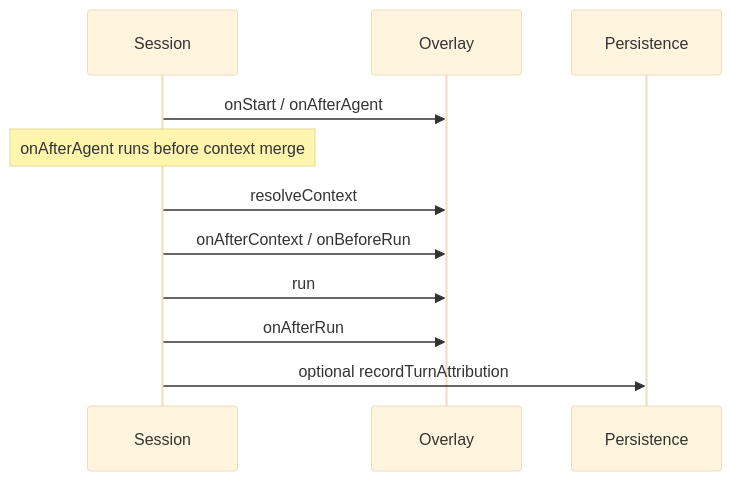
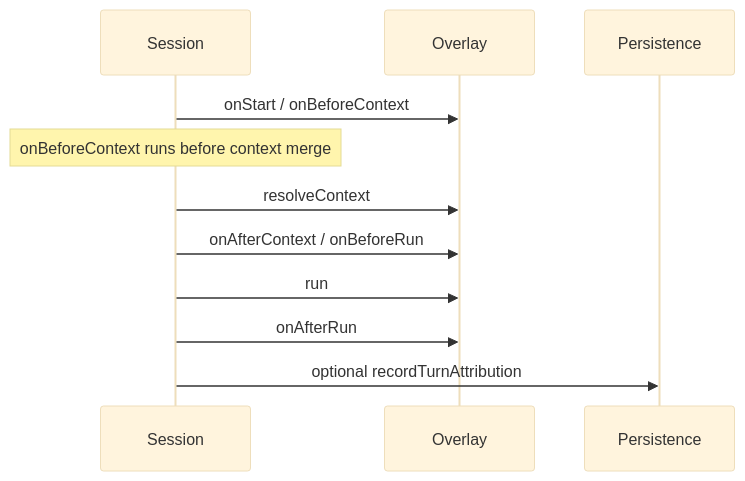
One commit to khoralabs/agent-capabilities changed the diagram in docs/persistence.md. Above: the diagram before and after it, drawn with Mermaid (base theme). The commit also changed other lines of this file and 3 other files, not shown here.

Commit message:
Rename session hook `onAfterAgent` to `onBeforeContext` to clarify execution order; update related documentation and diagrams accordingly.

````diff
--- a/docs/persistence.md
+++ b/docs/persistence.md
@@ -39,13 +39,13 @@
 ```mermaid
 sequenceDiagram
   participant Session
   participant Overlay
   participant Persistence
-  Session->>Overlay: onStart / onAfterAgent
-  Note over Session: onAfterAgent runs before context merge
+  Session->>Overlay: onStart / onBeforeContext
+  Note over Session: onBeforeContext runs before context merge
   Session->>Overlay: resolveContext
   Session->>Overlay: onAfterContext / onBeforeRun
   Session->>Overlay: run
   Session->>Overlay: onAfterRun
   Session->>Persistence: optional recordTurnAttribution
 ```
````
